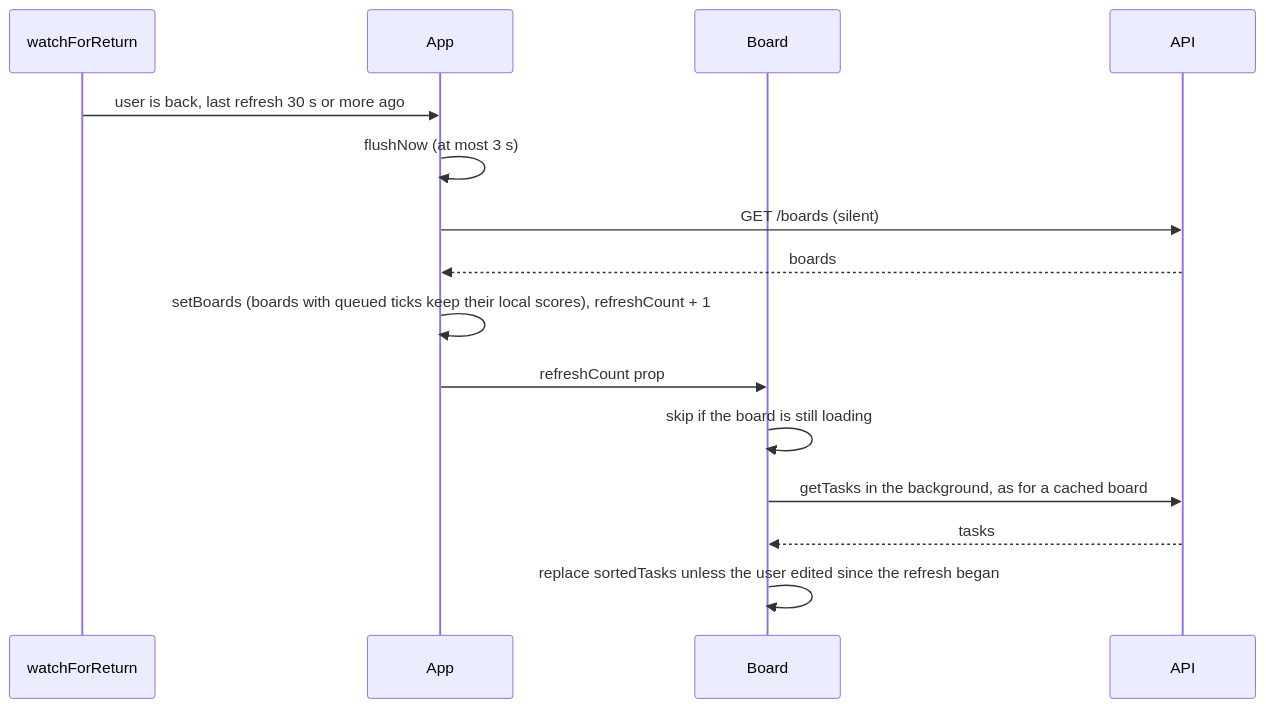
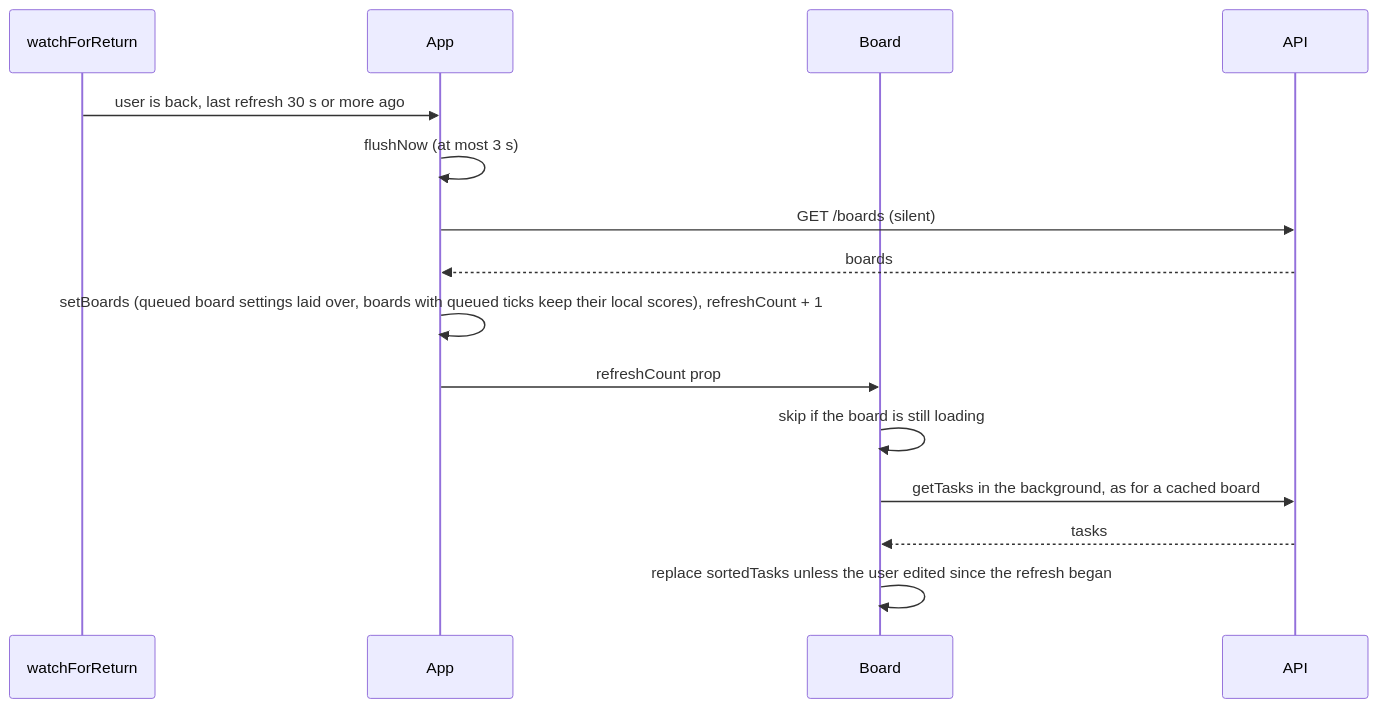
Before and after one commit to TomBenjaminMorris/listpal-frontend: the fifth of 9 diagrams in ARCHITECTURE.md, drawn with Mermaid. The commit also changed other lines of this file and 10 other files, not shown here.

First line of the commit message:
Queue board settings through the sync outbox

````diff
--- a/ARCHITECTURE.md
+++ b/ARCHITECTURE.md
@@ -222,18 +222,18 @@
 ```mermaid
 sequenceDiagram
     participant W as watchForReturn
     participant A as App
     participant B as Board
     participant S as API
 
     W->>A: user is back, last refresh 30 s or more ago
     A->>A: flushNow (at most 3 s)
     A->>S: GET /boards (silent)
     S-->>A: boards
-    A->>A: setBoards (boards with queued ticks keep their local scores), refreshCount + 1
+    A->>A: setBoards (queued board settings laid over, boards with queued ticks keep their local scores), refreshCount + 1
     A->>B: refreshCount prop
     B->>B: skip if the board is still loading
     B->>S: getTasks in the background, as for a cached board
     S-->>B: tasks
     B->>B: replace sortedTasks unless the user edited since the refresh began
 ```
````
